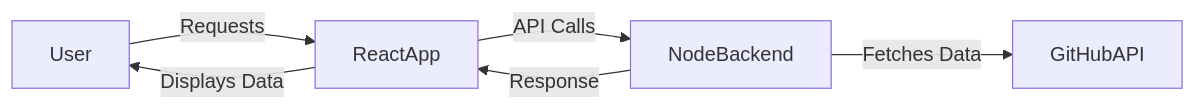
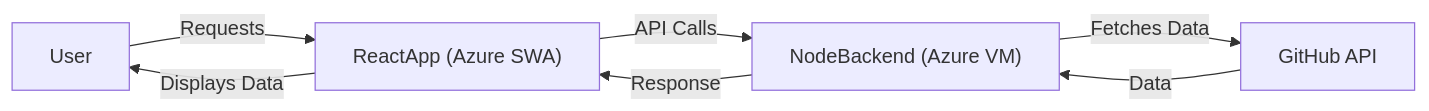
Before and after one commit to abhish3kk/abhish3kk.in: the diagram in src/content/projects/repofinder-react.md, drawn with Mermaid. The commit also changed other lines of this file, not shown here.

Commit message:
update repofinder readme

````diff
--- a/src/content/projects/repofinder-react.md
+++ b/src/content/projects/repofinder-react.md
@@ -86,8 +86,9 @@
 ```mermaid
-graph LR;
-    User -->|Requests| ReactApp;
-    ReactApp -->|API Calls| NodeBackend;
-    NodeBackend -->|Fetches Data| GitHubAPI;
-    NodeBackend -->|Response| ReactApp;
-    ReactApp -->|Displays Data| User;
+flowchart LR
+    User["User"] -->|Requests| ReactApp["ReactApp (Azure SWA)"]
+    ReactApp -->|API Calls| NodeBackend["NodeBackend (Azure VM)"]
+    NodeBackend -->|Fetches Data| GitHubAPI["GitHub API"]
+    GitHubAPI -->|Data| NodeBackend
+    NodeBackend -->|Response| ReactApp
+    ReactApp -->|Displays Data| User
 ```
````
